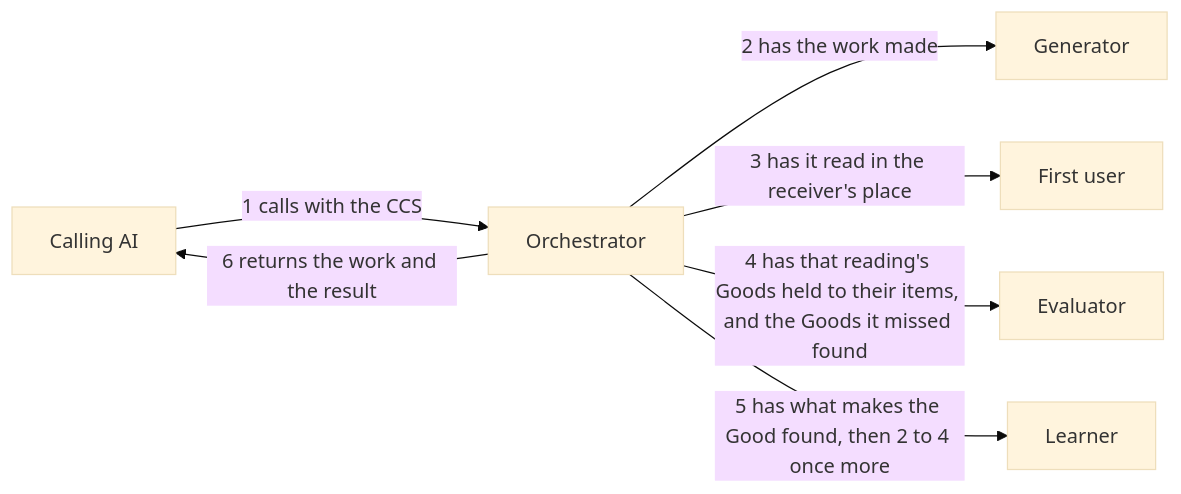
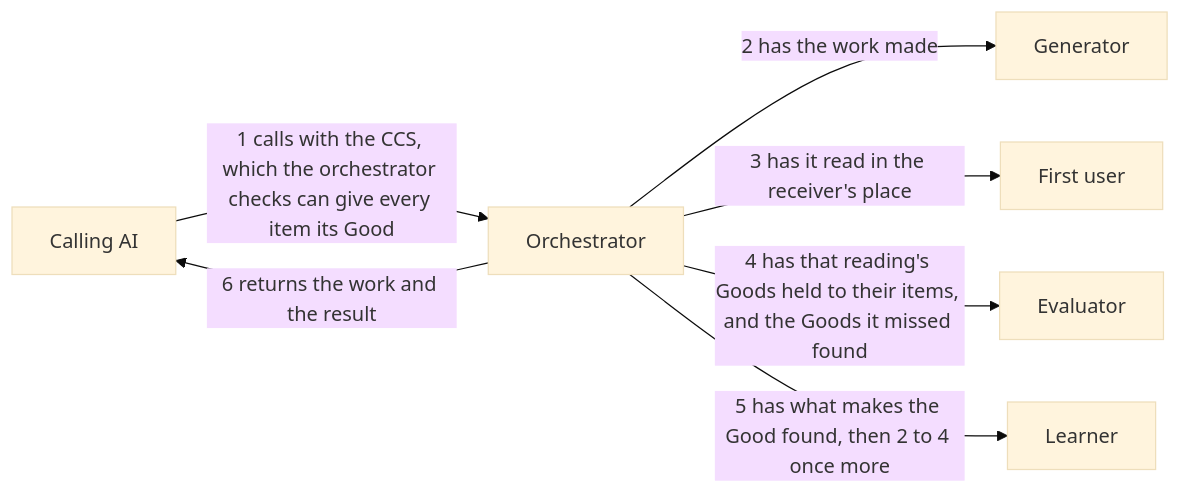
Before and after one commit to lovaizu/ccpm: the diagram in dev/turn/design.md, drawn with Mermaid (base theme). The commit also changed other lines of this file and 12 other files, not shown here.

First line of the commit message:
turn: before any work is made, the orchestrator checks the CCS can give every item its Good, and returns the questions alone where it cannot

````diff
--- a/dev/turn/design.md
+++ b/dev/turn/design.md
@@ -19,15 +20,15 @@
 ```mermaid
 flowchart LR
   caller["Calling AI"]
   orch["Orchestrator"]
   gen["Generator"]
   fu["First user"]
   ev["Evaluator"]
   le["Learner"]
-  caller -->|1 calls with the CCS| orch
+  caller -->|1 calls with the CCS, which the orchestrator checks can give every item its Good| orch
   orch -->|2 has the work made| gen
   orch -->|3 has it read in the receiver's place| fu
   orch -->|4 has that reading's Goods held to their items, and the Goods it missed found| ev
   orch -->|5 has what makes the Good found, then 2 to 4 once more| le
   orch -->|6 returns the work and the result| caller
 ```
````
